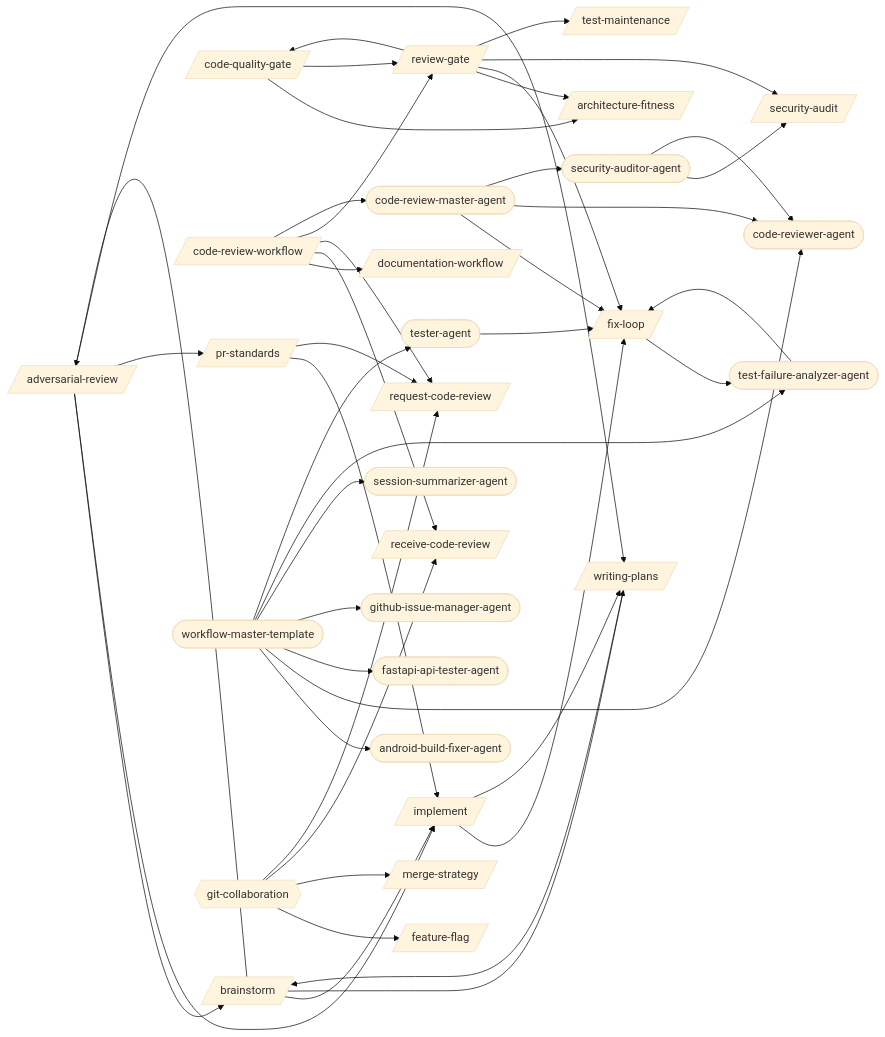
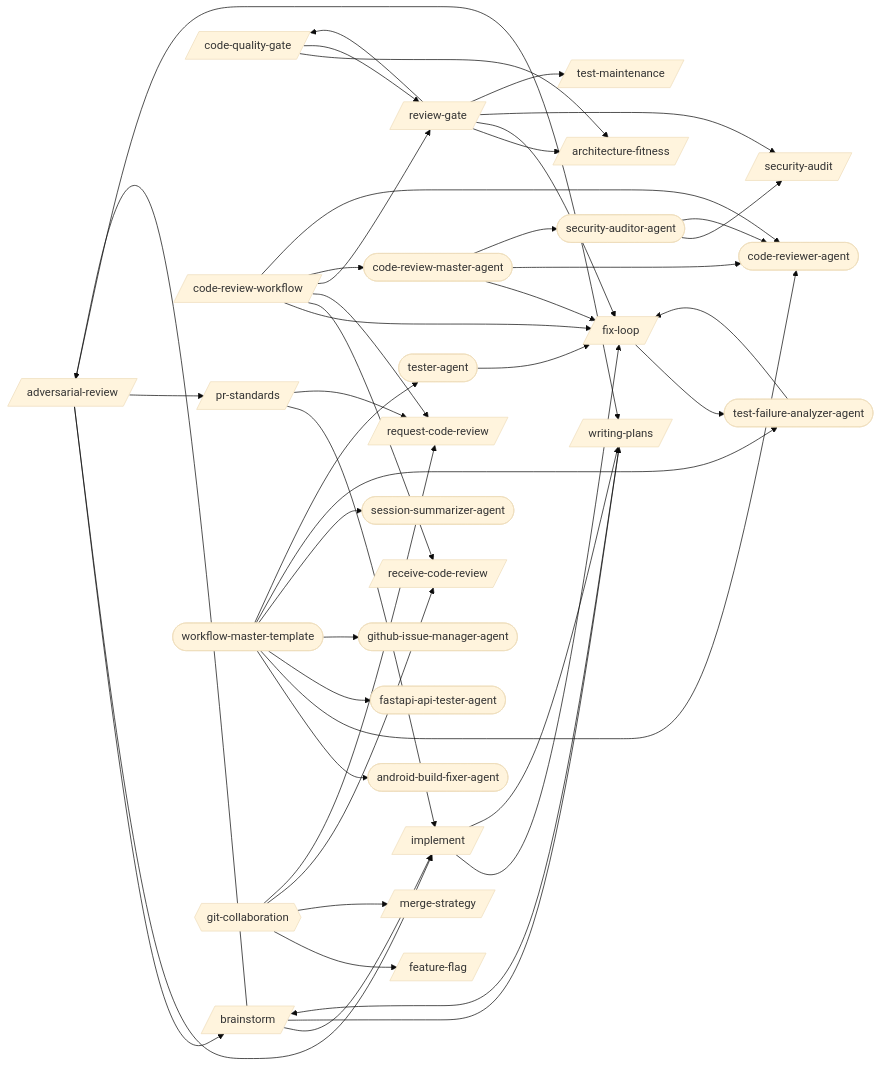
The first of 20 diagrams in docs/workflows/code-review.md (abhayla/claude-best-practices), drawn with Mermaid (base theme) before and after one commit. The commit also changed other lines of this file and 12 other files, not shown here.

````diff
--- a/docs/workflows/code-review.md
+++ b/docs/workflows/code-review.md
@@ -9,74 +9,74 @@
 ```mermaid
 graph LR
     adversarial_review[/adversarial-review/]
     architecture_fitness[/architecture-fitness/]
     brainstorm[/brainstorm/]
     code_quality_gate[/code-quality-gate/]
     code_review_workflow[/code-review-workflow/]
-    documentation_workflow[/documentation-workflow/]
     feature_flag[/feature-flag/]
     fix_loop[/fix-loop/]
     implement[/implement/]
     merge_strategy[/merge-strategy/]
     pr_standards[/pr-standards/]
     receive_code_review[/receive-code-review/]
     request_code_review[/request-code-review/]
     review_gate[/review-gate/]
     security_audit[/security-audit/]
     test_maintenance[/test-maintenance/]
     writing_plans[/writing-plans/]
     android_build_fixer_agent([android-build-fixer-agent])
     code_review_master_agent([code-review-master-agent])
     code_reviewer_agent([code-reviewer-agent])
     fastapi_api_tester_agent([fastapi-api-tester-agent])
     github_issue_manager_agent([github-issue-manager-agent])
     security_auditor_agent([security-auditor-agent])
     session_summarizer_agent([session-summarizer-agent])
     test_failure_analyzer_agent([test-failure-analyzer-agent])
     tester_agent([tester-agent])
     workflow_master_template([workflow-master-template])
     git_collaboration{{git-collaboration}}
     adversarial_review --> brainstorm
     adversarial_review --> implement
     adversarial_review --> pr_standards
     adversarial_review --> writing_plans
     brainstorm --> adversarial_review
     brainstorm --> implement
     brainstorm --> writing_plans
     code_quality_gate --> architecture_fitness
     code_quality_gate --> review_gate
-    code_review_workflow --> documentation_workflow
+    code_review_workflow --> fix_loop
     code_review_workflow --> receive_code_review
     code_review_workflow --> request_code_review
     code_review_workflow --> review_gate
     code_review_workflow --> code_review_master_agent
+    code_review_workflow --> code_reviewer_agent
     fix_loop --> test_failure_analyzer_agent
     implement --> fix_loop
     implement --> writing_plans
     pr_standards --> implement
     pr_standards --> request_code_review
     review_gate --> architecture_fitness
     review_gate --> code_quality_gate
     review_gate --> fix_loop
     review_gate --> security_audit
     review_gate --> test_maintenance
     writing_plans --> brainstorm
     code_review_master_agent --> fix_loop
     code_review_master_agent --> code_reviewer_agent
     code_review_master_agent --> security_auditor_agent
     security_auditor_agent --> security_audit
     security_auditor_agent --> code_reviewer_agent
     test_failure_analyzer_agent --> fix_loop
     tester_agent --> fix_loop
     workflow_master_template --> android_build_fixer_agent
     workflow_master_template --> code_reviewer_agent
     workflow_master_template --> fastapi_api_tester_agent
     workflow_master_template --> github_issue_manager_agent
     workflow_master_template --> session_summarizer_agent
     workflow_master_template --> test_failure_analyzer_agent
     workflow_master_template --> tester_agent
     git_collaboration --> feature_flag
     git_collaboration --> merge_strategy
     git_collaboration --> receive_code_review
     git_collaboration --> request_code_review
 ```
````
